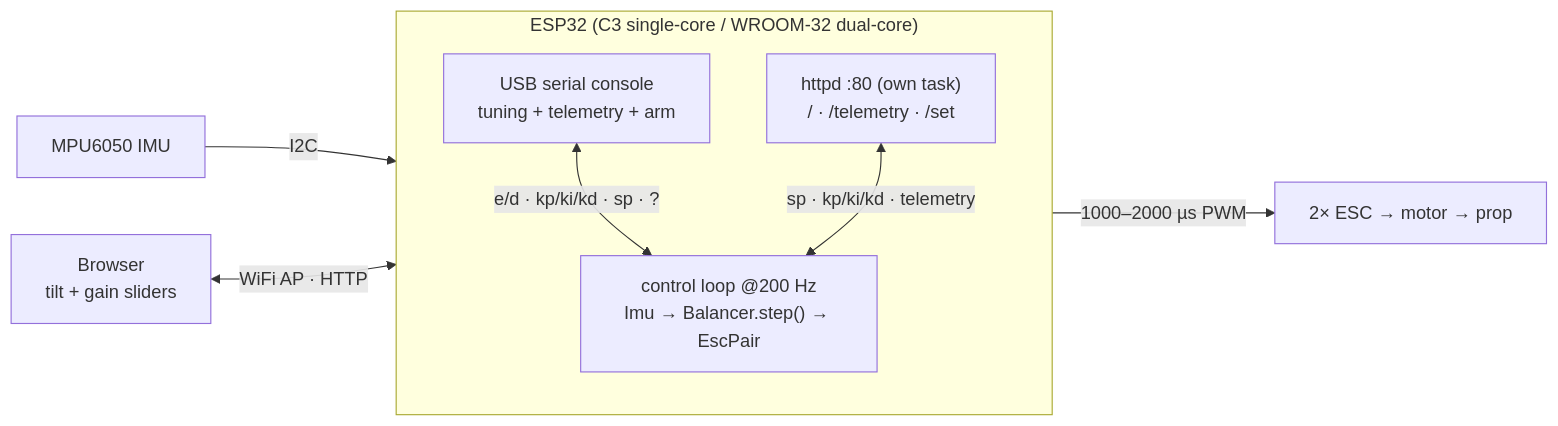
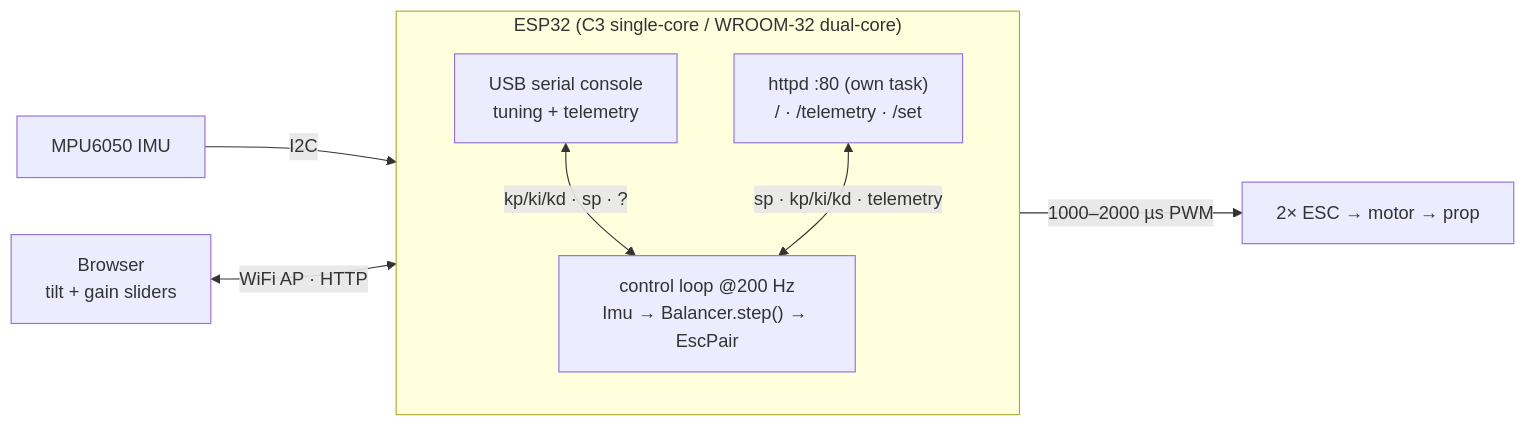
Before and after one commit to lmarqs/libra: the first of 2 diagrams in README.md, drawn with Mermaid. The commit also changed other lines of this file and 4 other files, not shown here.

````diff
--- a/README.md
+++ b/README.md
@@ -56,14 +58,14 @@
 ```mermaid
 flowchart LR
     mpu["MPU6050 IMU"] -->|I2C| loop
     subgraph c3["ESP32 (C3 single-core / WROOM-32 dual-core)"]
         direction TB
         loop["control loop @200 Hz<br/>Imu → Balancer.step() → EscPair"]
-        serial["USB serial console<br/>tuning + telemetry + arm"]
+        serial["USB serial console<br/>tuning + telemetry"]
         web["httpd :80 (own task)<br/>/ · /telemetry · /set"]
-        serial <-->|"e/d · kp/ki/kd · sp · ?"| loop
+        serial <-->|"kp/ki/kd · sp · ?"| loop
         web <-->|"sp · kp/ki/kd · telemetry"| loop
     end
     loop -->|"1000–2000 µs PWM"| esc["2× ESC → motor → prop"]
     browser["Browser<br/>tilt + gain sliders"] <-->|"WiFi AP · HTTP"| web
 ```
````
